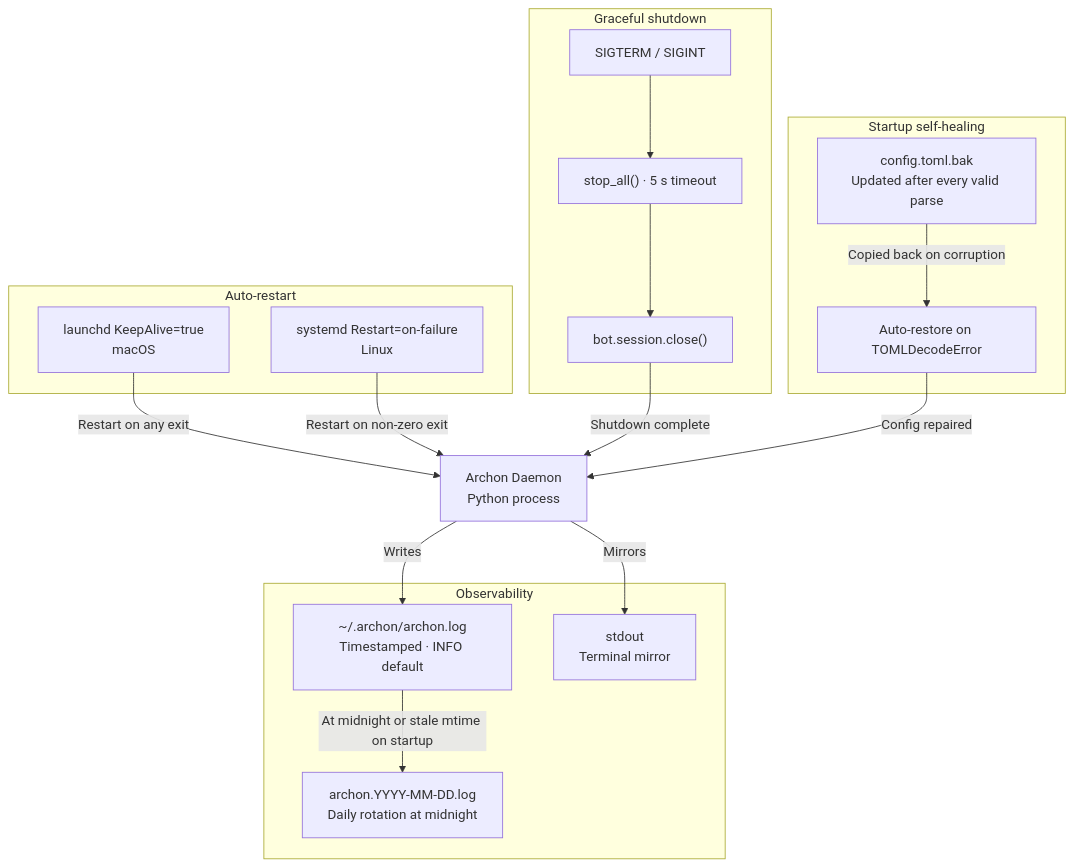
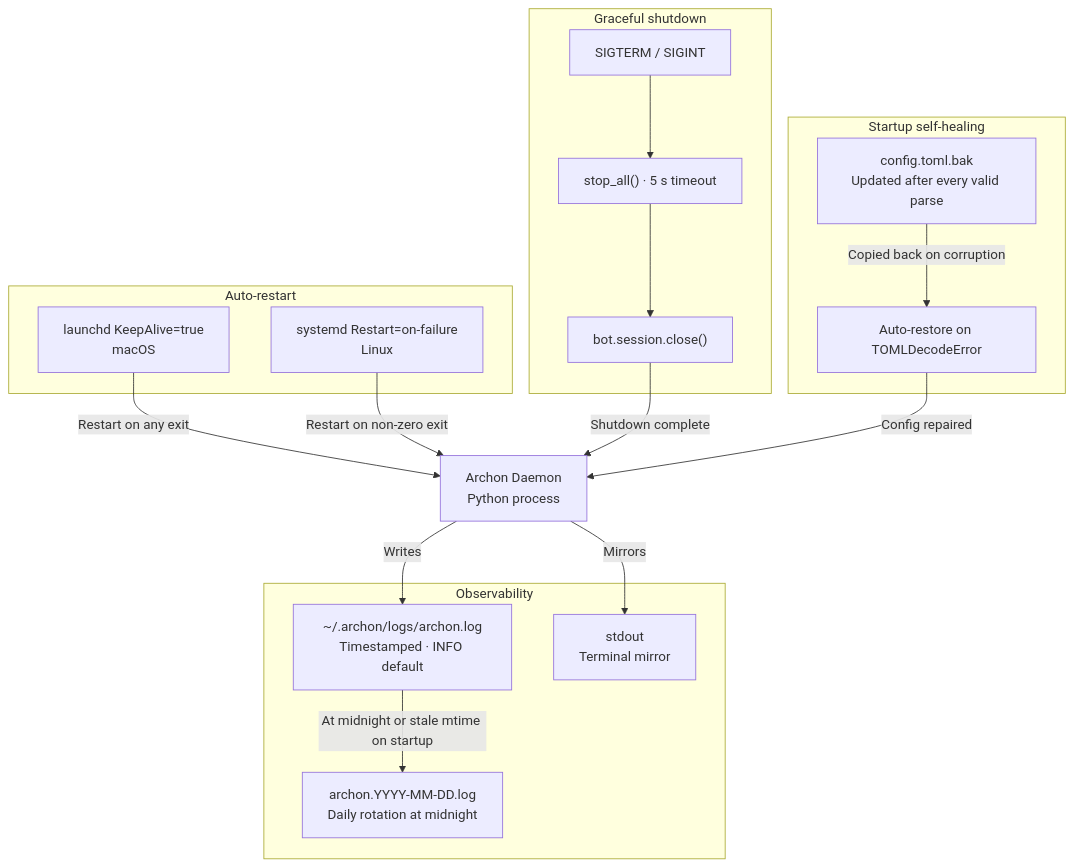
Before and after one commit to user538295/archon-assistant: the diagram in Documentation/Architecture/160_operational_readiness_monitoring_and_reliability.md, drawn with Mermaid. The commit also changed other lines of this file and 9 other files, not shown here.

First line of the commit message:
fix(logging): consolidate all logs to ~/.archon/logs/archon.log

````diff
--- a/Documentation/Architecture/160_operational_readiness_monitoring_and_reliability.md
+++ b/Documentation/Architecture/160_operational_readiness_monitoring_and_reliability.md
@@ -317,36 +317,36 @@
 ```mermaid
 flowchart TD
     DAEMON["Archon Daemon<br/>Python process"]
 
     subgraph Observability["Observability"]
-        LOG["~/.archon/archon.log<br/>Timestamped · INFO default"]
+        LOG["~/.archon/logs/archon.log<br/>Timestamped · INFO default"]
         ROT["archon.YYYY-MM-DD.log<br/>Daily rotation at midnight"]
         CON["stdout<br/>Terminal mirror"]
         LOG -->|"At midnight or stale mtime on startup"| ROT
     end
 
     subgraph AutoRestart["Auto-restart"]
         LAUNCHD["launchd KeepAlive=true<br/>macOS"]
         SYSTEMD["systemd Restart=on-failure<br/>Linux"]
     end
 
     subgraph GracefulShutdown["Graceful shutdown"]
         SIG["SIGTERM / SIGINT"]
         STOP["stop_all() · 5 s timeout"]
         CLOSE["bot.session.close()"]
         SIG --> STOP --> CLOSE
     end
 
     subgraph SelfHealing["Startup self-healing"]
         BACKUP["config.toml.bak<br/>Updated after every valid parse"]
         RESTORE["Auto-restore on TOMLDecodeError"]
         BACKUP -->|Copied back on corruption| RESTORE
     end
 
     DAEMON -->|Writes| LOG
     DAEMON -->|Mirrors| CON
     LAUNCHD -->|Restart on any exit| DAEMON
     SYSTEMD -->|Restart on non-zero exit| DAEMON
     CLOSE -->|Shutdown complete| DAEMON
     RESTORE -->|Config repaired| DAEMON
 ```
````
